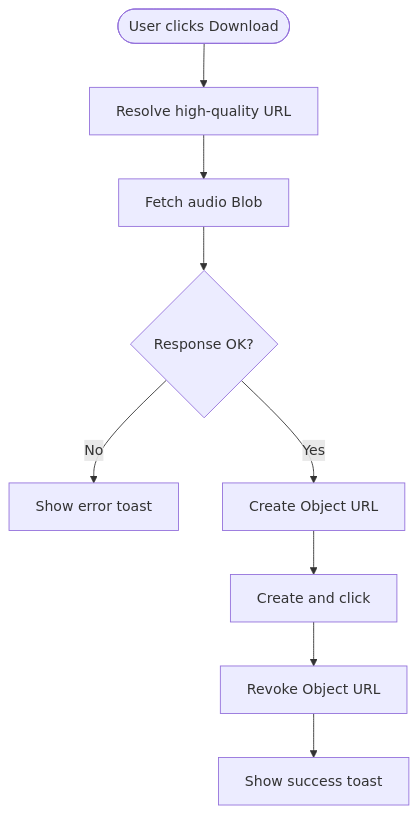
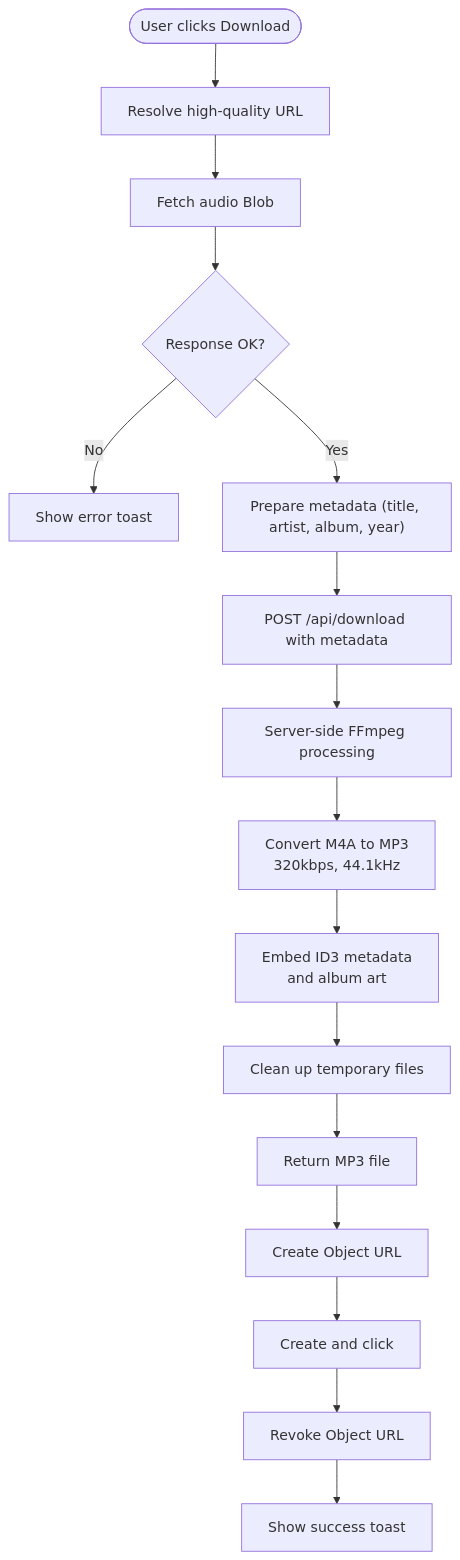
Before and after one commit to moindestiny/SonicStream: the eighth of 9 diagrams in .qoder/repowiki/en/content/Core Features/Audio Player.md, drawn with Mermaid. The commit also changed other lines of this file and 12 other files, not shown here.

````diff
--- a/.qoder/repowiki/en/content/Core Features/Audio Player.md
+++ b/.qoder/repowiki/en/content/Core Features/Audio Player.md
@@ -357,11 +415,18 @@
 ```mermaid
 flowchart TD
 Start(["User clicks Download"]) --> Resolve["Resolve high-quality URL"]
 Resolve --> Fetch["Fetch audio Blob"]
 Fetch --> BlobOK{"Response OK?"}
 BlobOK --> |No| ToastErr["Show error toast"]
-BlobOK --> |Yes| CreateURL["Create Object URL"]
+BlobOK --> |Yes| PrepareMeta["Prepare metadata (title, artist, album, year)"]
+PrepareMeta --> ServerCall["POST /api/download with metadata"]
+ServerCall --> ServerProcess["Server-side FFmpeg processing"]
+ServerProcess --> Convert["Convert M4A to MP3<br/>320kbps, 44.1kHz"]
+Convert --> EmbedMeta["Embed ID3 metadata<br/>and album art"]
+EmbedMeta --> Cleanup["Clean up temporary files"]
+Cleanup --> Response["Return MP3 file"]
+Response --> CreateURL["Create Object URL"]
 CreateURL --> Trigger["Create <a> and click"]
 Trigger --> Revoke["Revoke Object URL"]
 Revoke --> ToastDone["Show success toast"]
 ```
````
